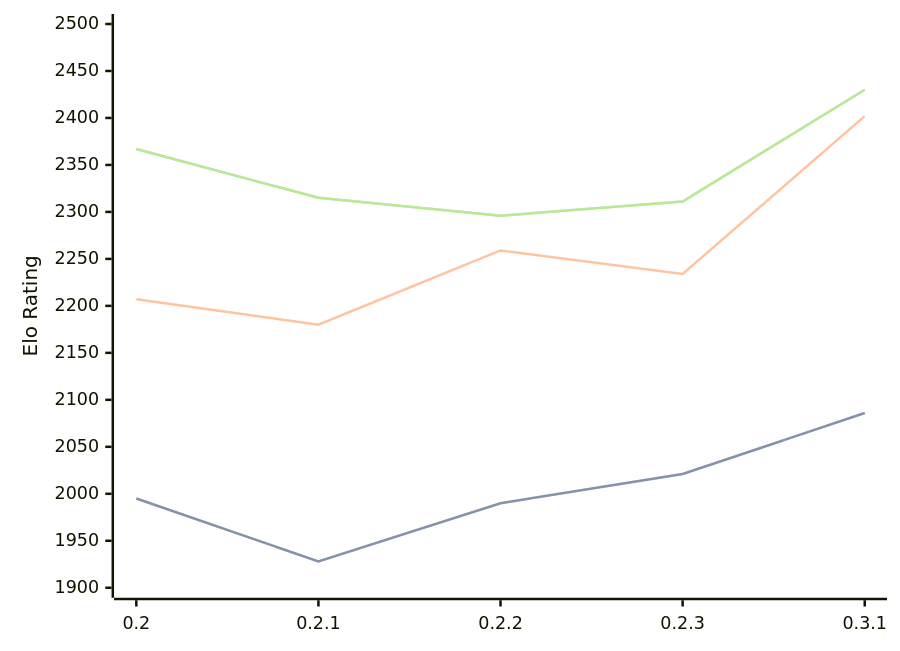
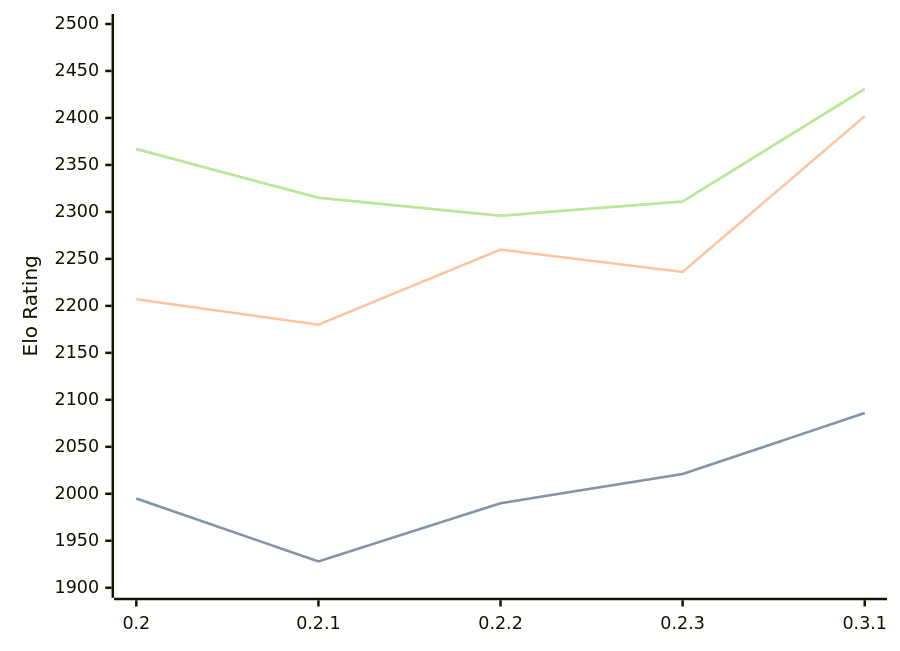
One commit to computer-chess-index/cci changed the diagram in engines/Lolbot.md. Above: the diagram before and after it, drawn with Mermaid. The commit also changed other lines of this file, not shown here.

Commit message:
Update CCI Ratings (ELO VLTC) - 2026-08-23

````diff
--- a/engines/Lolbot.md
+++ b/engines/Lolbot.md
@@ -35,11 +35,11 @@
 ```mermaid
 %%{init: {"theme":"base","themeVariables":{"seriesColors:['#a3a3a3','#222221','#faa371']}}}%%
 xychart-beta
   x-axis ["0.2", "0.2.1", "0.2.2", "0.2.3", "0.3.1"]
   y-axis "Elo Rating" 1900 --> 2500
   line "STC (8.0+0.08s)" [1995, 1928, 1990, 2021, 2086]
   line "STC (8.0+0.08s)" [1995, 1928, 1990, 2021, 2086]
-  line "LTC (60.0+0.60s)" [2207, 2180, 2259, 2234, 2402]
-  line "VLTC (2m24s+1.12s)" [2367, 2315, 2296, 2311, 2430]
-  line "VLTC (2m24s+1.12s)" [2367, 2315, 2296, 2311, 2430]
+  line "LTC (60.0+0.60s)" [2207, 2180, 2260, 2236, 2402]
+  line "VLTC (2m24s+1.12s)" [2367, 2315, 2296, 2311, 2431]
+  line "VLTC (2m24s+1.12s)" [2367, 2315, 2296, 2311, 2431]
 ```
````
